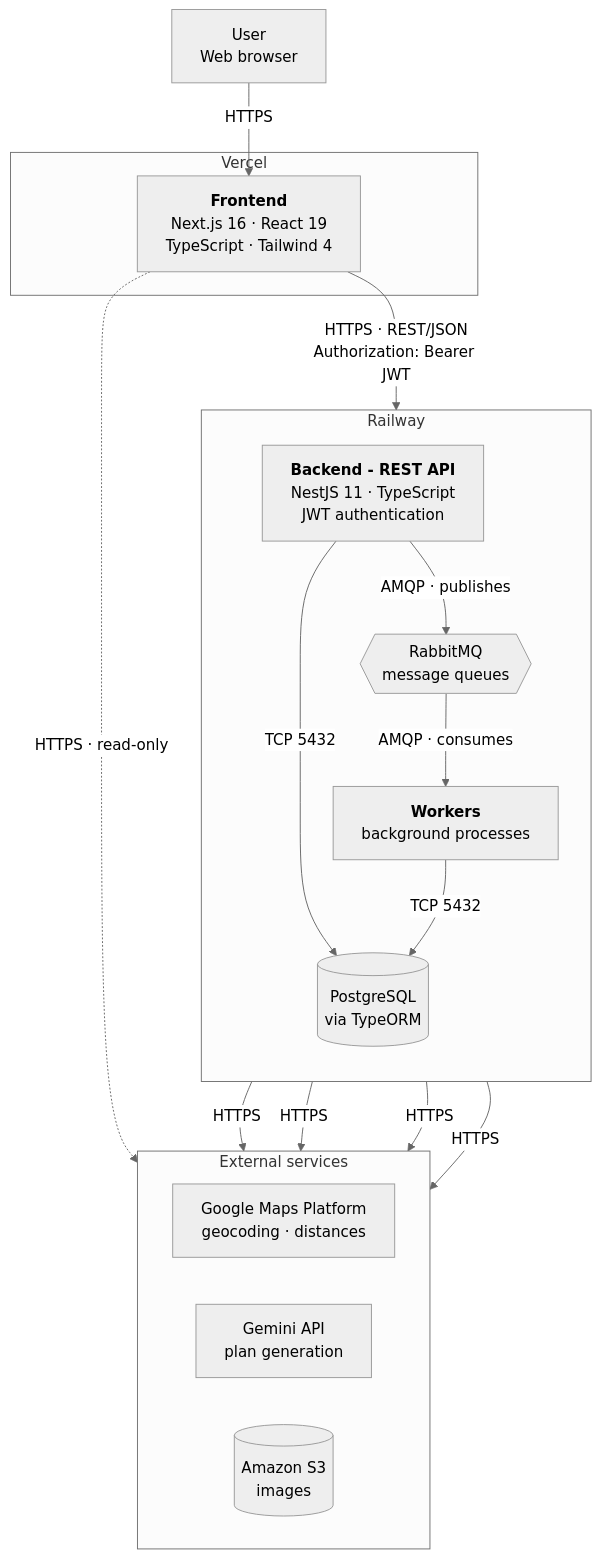
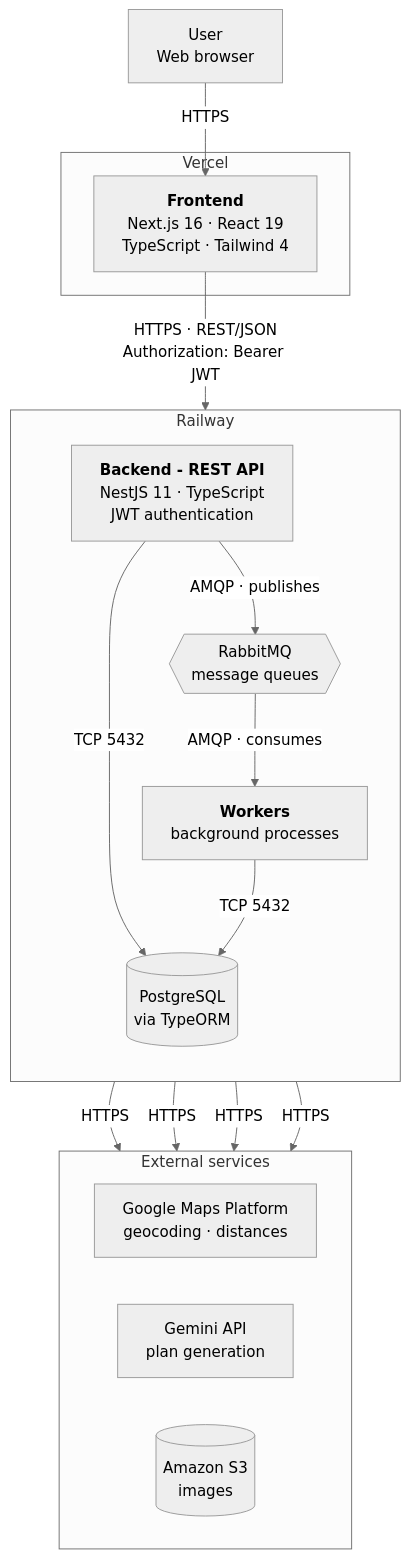
One commit to SmartPlan-UTN/SmartPlan-front changed the diagram in skills/05-architecture/SKILL.md. Above: the diagram before and after it, drawn with Mermaid (neutral theme). The commit also changed other lines of this file and 40 other files, not shown here.

````diff
--- a/skills/05-architecture/SKILL.md
+++ b/skills/05-architecture/SKILL.md
@@ -17,31 +17,30 @@
 ```mermaid
 flowchart TB
     U["User<br/>Web browser"]
     subgraph vercel["Vercel"]
         FE["<b>Frontend</b><br/>Next.js 16 · React 19<br/>TypeScript · Tailwind 4"]
     end
     subgraph railway["Railway"]
         direction TB
         BE["<b>Backend - REST API</b><br/>NestJS 11 · TypeScript<br/>JWT authentication"]
         MQ{{"RabbitMQ<br/>message queues"}}
         WK["<b>Workers</b><br/>background processes"]
         DB[("PostgreSQL<br/>via TypeORM")]
     end
     subgraph ext["External services"]
         direction LR
         GM["Google Maps Platform<br/>geocoding · distances"]
         AI["Gemini API<br/>plan generation"]
         S3[("Amazon S3<br/>images")]
     end
     U -->|HTTPS| FE
     FE -->|"HTTPS · REST/JSON<br/>Authorization: Bearer JWT"| BE
     BE -->|"AMQP · publishes"| MQ
     MQ -->|"AMQP · consumes"| WK
     BE -->|"TCP 5432"| DB
     WK -->|"TCP 5432"| DB
     BE -->|HTTPS| GM
     BE -->|HTTPS| S3
     WK -->|HTTPS| GM
     WK -->|HTTPS| AI
-    FE -.->|"HTTPS · read-only"| S3
 ```
````
